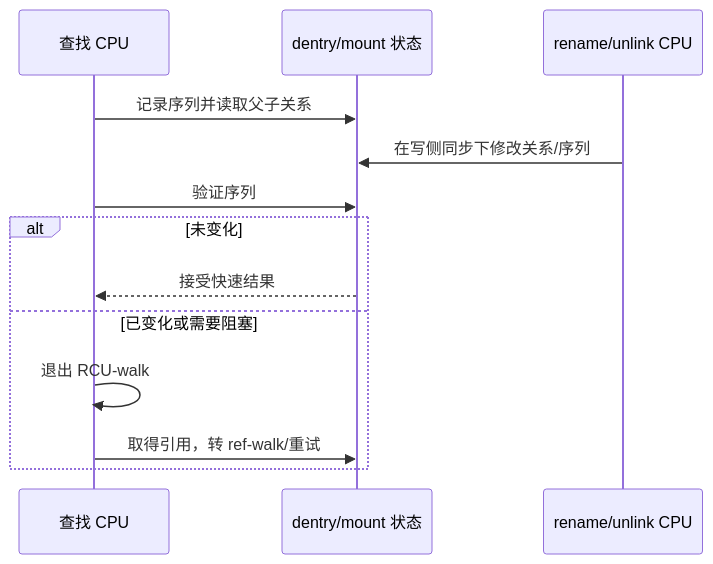
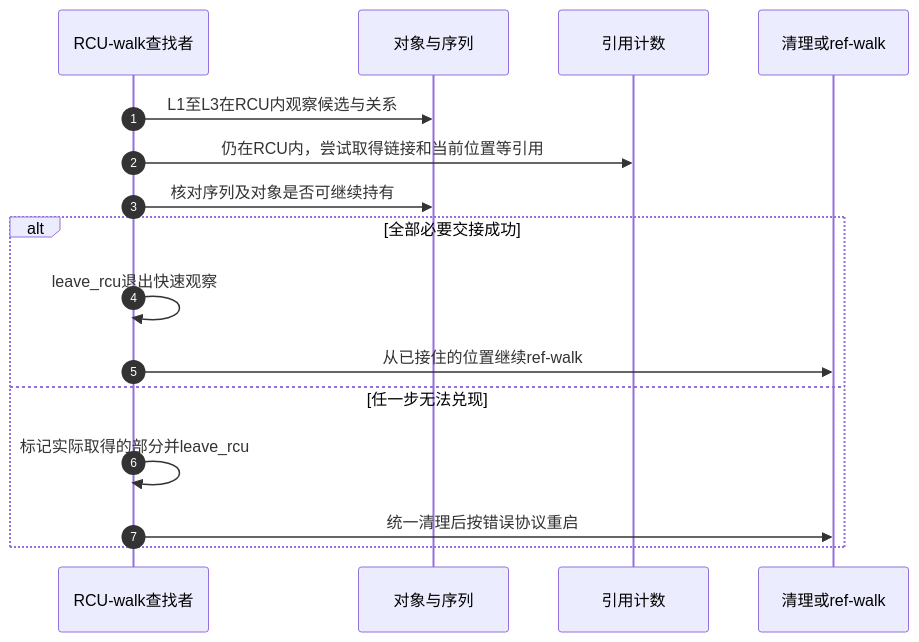
The second of 3 diagrams in knowledge/kernel_subsystems/vfs/P10_RCU-walk与ref-walk.md (FormingSystem/linux_note), drawn with Mermaid before and after one commit. The commit also changed other lines of this file and 12 other files, not shown here.

````diff
--- a/knowledge/kernel_subsystems/vfs/P10_RCU-walk与ref-walk.md
+++ b/knowledge/kernel_subsystems/vfs/P10_RCU-walk与ref-walk.md
@@ -19,15 +57,18 @@
 ```mermaid
 sequenceDiagram
-    participant R as 查找 CPU
-    participant D as dentry/mount 状态
-    participant W as rename/unlink CPU
-    R->>D: 记录序列并读取父子关系
-    W->>D: 在写侧同步下修改关系/序列
-    R->>D: 验证序列
-    alt 未变化
-        D-->>R: 接受快速结果
-    else 已变化或需要阻塞
-        R->>R: 退出 RCU-walk
-        R->>D: 取得引用，转 ref-walk/重试
+    autonumber
+    participant R as RCU-walk查找者
+    participant S as 对象与序列
+    participant H as 引用计数
+    participant C as 清理或ref-walk
+    R->>S: L1至L3在RCU内观察候选与关系
+    R->>H: 仍在RCU内，尝试取得链接和当前位置等引用
+    R->>S: 核对序列及对象是否可继续持有
+    alt 全部必要交接成功
+        R->>R: leave_rcu退出快速观察
+        R->>C: 从已接住的位置继续ref-walk
+    else 任一步无法兑现
+        R->>R: 标记实际取得的部分并leave_rcu
+        R->>C: 统一清理后按错误协议重启
     end
 ```
````
